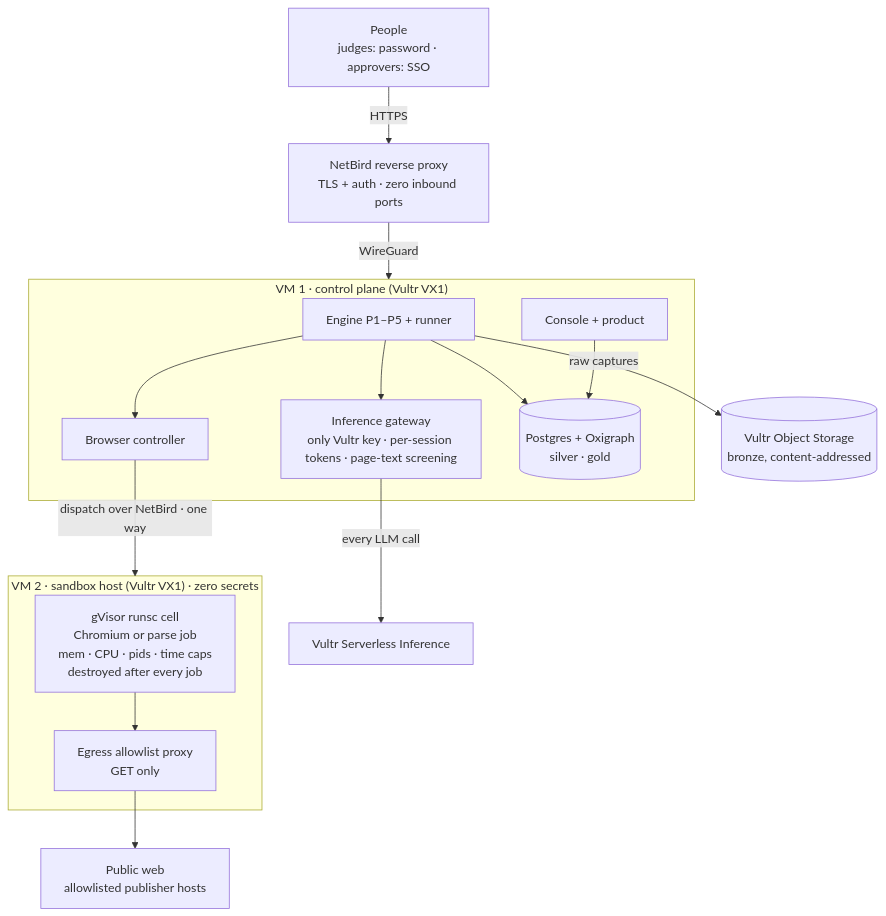
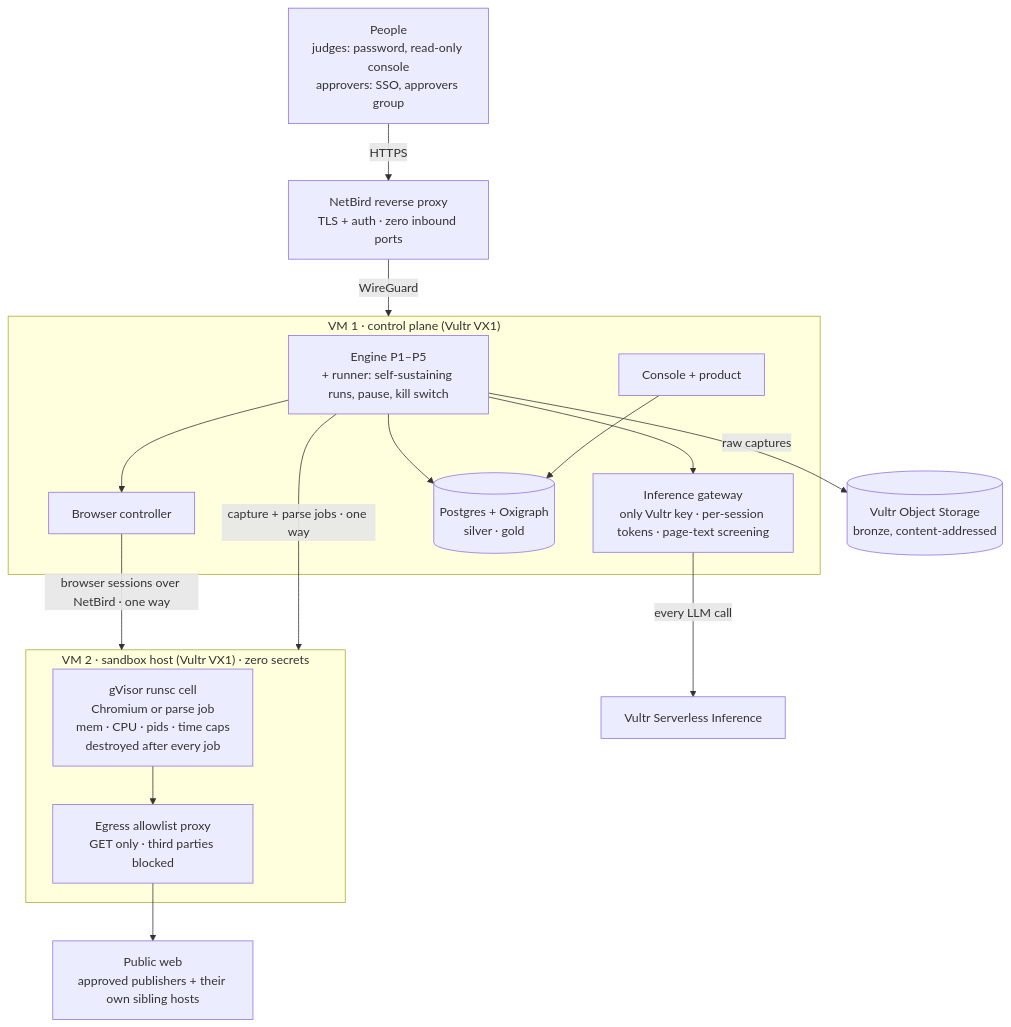
The first of 3 diagrams in README.md (ricalanis/ontofill), drawn with Mermaid before and after one commit. The commit also changed other lines of this file, not shown here.

Commit message:
README diagrams: what the live runs taught the engine
Global: read-only judges console; runner with pause and kill switch; capture and parse jobs dispatched one way
beside browser sessions; egress GET only to approved publishers and their own sibling hosts. Council: an
exhausted loop stops as needs-a-person; planner and critic get the typed contract (a rule predicate describes the
violation that raises a flag). Extraction: P3 document captures adopted without a second fetch, the gate before
any action beyond a read-only GET, and rules raising flags in the refiner.

````diff
--- a/README.md
+++ b/README.md
@@ -69,25 +69,26 @@
 ```mermaid
 flowchart TB
-  people["People<br/>judges: password · approvers: SSO"] -->|HTTPS| nb["NetBird reverse proxy<br/>TLS + auth · zero inbound ports"]
+  people["People<br/>judges: password, read-only console<br/>approvers: SSO, approvers group"] -->|HTTPS| nb["NetBird reverse proxy<br/>TLS + auth · zero inbound ports"]
   nb -->|WireGuard| cp
   subgraph cp["VM 1 · control plane (Vultr VX1)"]
-    engine["Engine P1–P5 + runner"]
+    engine["Engine P1–P5<br/>+ runner: self-sustaining runs, pause, kill switch"]
     gw["Inference gateway<br/>only Vultr key · per-session tokens · page-text screening"]
     ctl["Browser controller"]
     ui["Console + product"]
     db[("Postgres + Oxigraph<br/>silver · gold")]
     engine --> gw
     engine --> ctl
     engine --> db
     ui --> db
   end
   gw -->|every LLM call| vsi["Vultr Serverless Inference"]
-  ctl -->|dispatch over NetBird · one way| sb
+  ctl -->|browser sessions over NetBird · one way| sb
+  engine -->|capture + parse jobs · one way| sb
   subgraph sb["VM 2 · sandbox host (Vultr VX1) · zero secrets"]
     cell["gVisor runsc cell<br/>Chromium or parse job<br/>mem · CPU · pids · time caps<br/>destroyed after every job"]
-    proxy["Egress allowlist proxy<br/>GET only"]
+    proxy["Egress allowlist proxy<br/>GET only · third parties blocked"]
     cell --> proxy
   end
-  proxy --> web["Public web<br/>allowlisted publisher hosts"]
+  proxy --> web["Public web<br/>approved publishers + their own sibling hosts"]
   engine -->|raw captures| bronze[("Vultr Object Storage<br/>bronze, content-addressed")]
 ```
````
